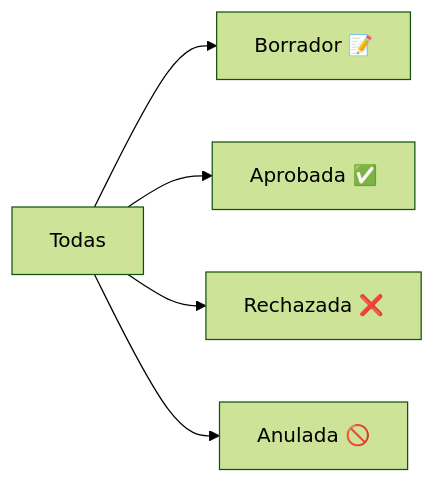
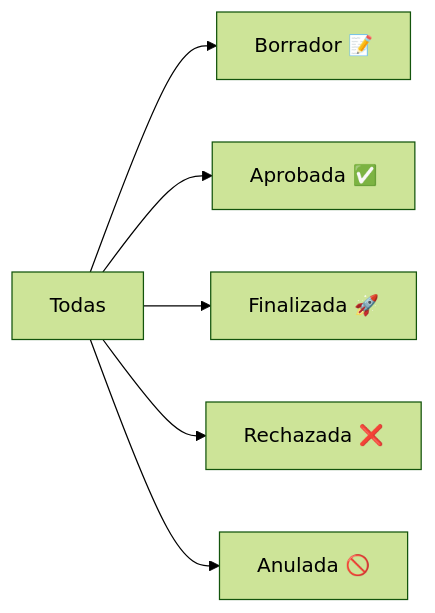
Before and after one commit to redentor159/sistema-erp-inventario: the second of 6 diagrams in docs/tutoriales/T02_TUTORIAL_COTIZACIONES.md, drawn with Mermaid (forest theme). The commit also changed other lines of this file and 18 other files, not shown here.

````diff
--- a/docs/tutoriales/T02_TUTORIAL_COTIZACIONES.md
+++ b/docs/tutoriales/T02_TUTORIAL_COTIZACIONES.md
@@ -63,7 +63,8 @@
 ```mermaid
 graph LR
     ALL["Todas"] --> B["Borrador 📝"]
     ALL --> A["Aprobada ✅"]
+    ALL --> F["Finalizada 🚀"]
     ALL --> R["Rechazada ❌"]
     ALL --> AN["Anulada 🚫"]
 ```
````
